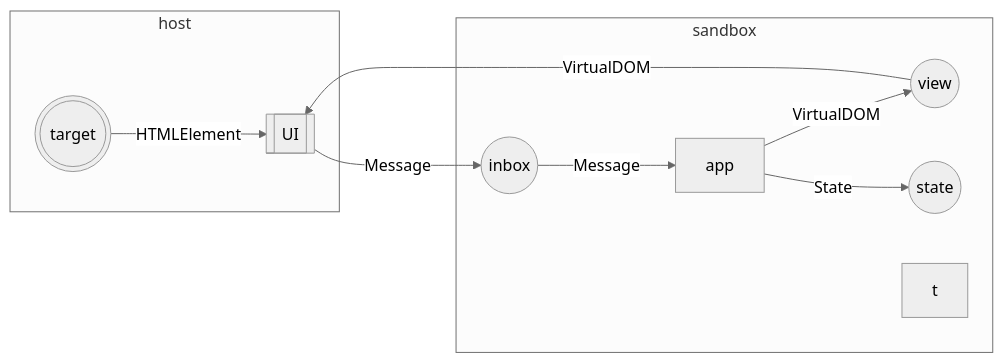
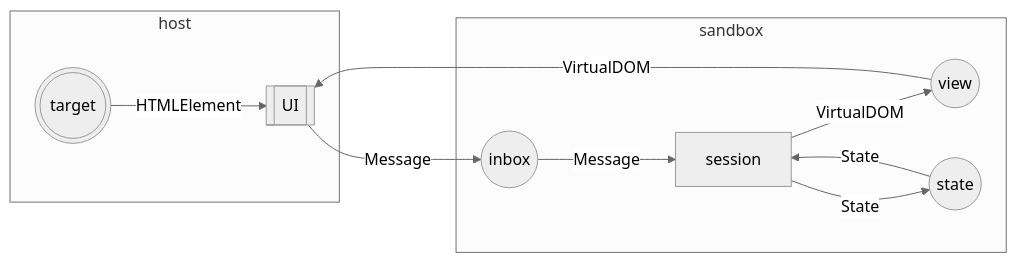
Before and after one commit to Gozala/workspace: the diagram in journals/2024_06_14.md, drawn with Mermaid (neutral theme).

Commit message:
Auto saved by Logseq

````diff
--- a/journals/2024_06_14.md
+++ b/journals/2024_06_14.md
@@ -7,21 +7,21 @@
   ```mermaid
   flowchart LR
   target(((target)))
   view((view))
   inbox((inbox))
   state((state))
   UI[[UI]]
-  app[app]
+  app[session]
   
   subgraph host
   target -- HTMLElement --> UI
   end
   subgraph sandbox
   view -- VirtualDOM --> UI
   UI -- Message --> inbox 
   inbox -- Message --> app
   app -- VirtualDOM --> view
   app -- State --> state
-  t
+  state -- State --> app
   end
   ```
````
